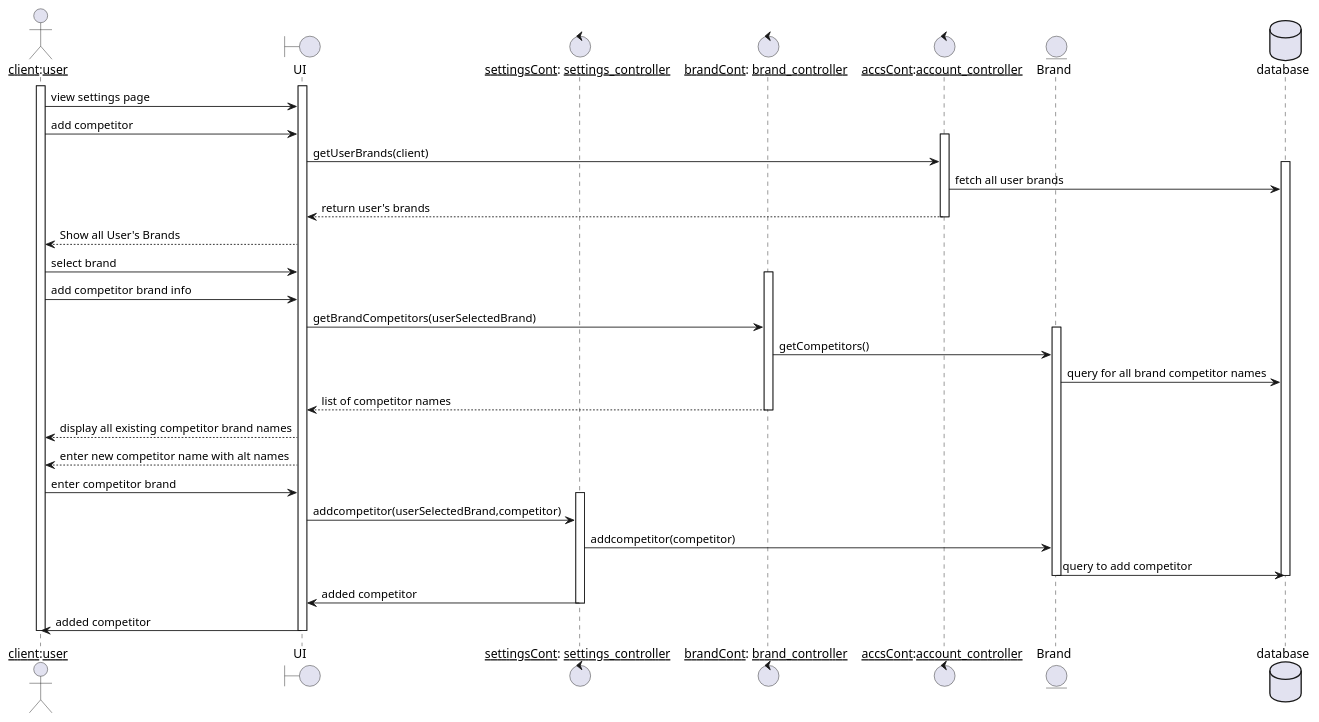
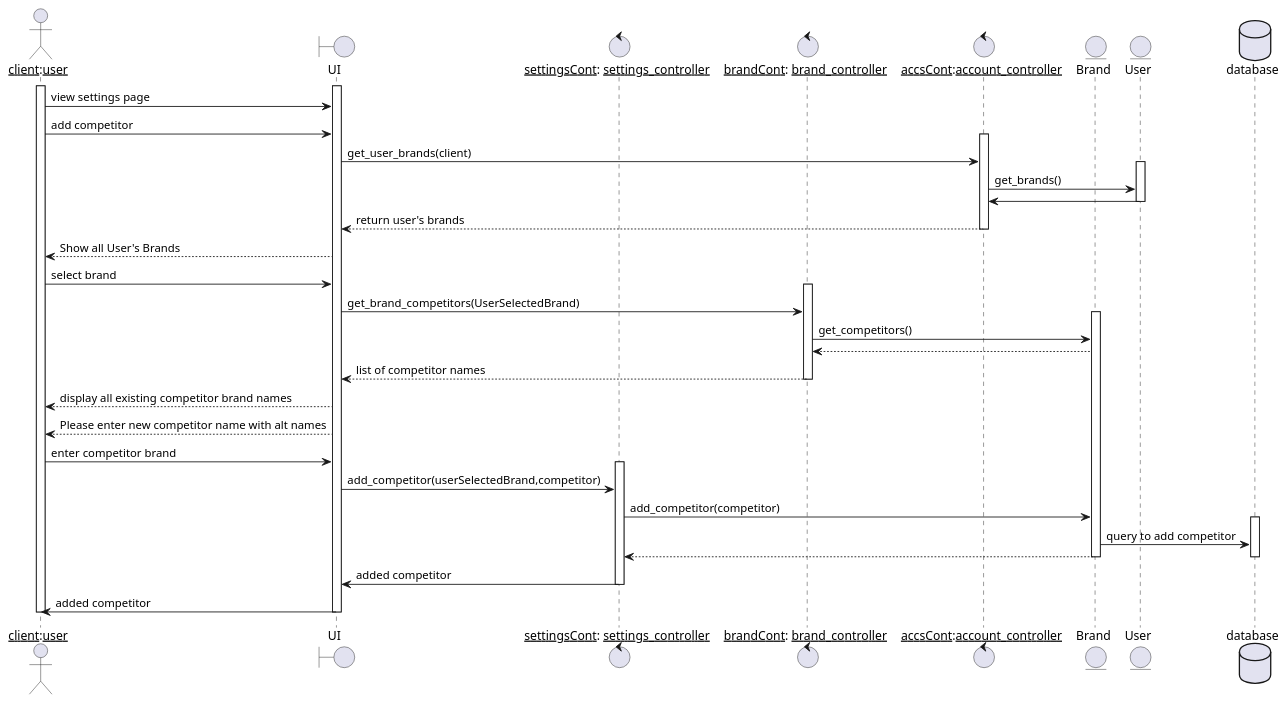
One commit to NadaaSelim/GP changed the diagram in Graphs/sequence_settings_add_new_competitor.puml. Above: the diagram before and after it, drawn with PlantUML. The commit also changed 9 other files, not shown here.

Commit message:
diagrams done

```diff
--- a/Graphs/sequence_settings_add_new_competitor.puml
+++ b/Graphs/sequence_settings_add_new_competitor.puml
@@ -1,48 +1,58 @@
 @startuml
 
 actor "__client__:__user__" as client
 boundary UI
 control "__settingsCont__: __settings_controller__" as SC
 control "__brandCont__: __brand_controller__" as BC
 
 control "__accsCont__:__account_controller__" as AC
 entity Brand
+entity User
 database database
 
 activate client 
 activate UI
 client -> UI: view settings page
 client -> UI: add competitor
 activate AC
-UI -> AC: getUserBrands(client)
-activate database
-AC -> database: fetch all user brands
+UI -> AC: get_user_brands(client)
+activate User
+AC -> User : get_brands()
+User-> AC
+deactivate User
+/'
+activate User
+AccsC -> User: get_brands()
+User --> AccsC:
+'/
 AC --> UI: return user's brands
 deactivate AC
 UI --> client: Show all User's Brands
 UI <- client: select brand
 activate BC
-UI <- client : add competitor brand info
-UI -> BC : getBrandCompetitors(userSelectedBrand)
+UI -> BC: get_brand_competitors(UserSelectedBrand)
 activate Brand
-BC -> Brand: getCompetitors()
-Brand -> database : query for all brand competitor names
+BC -> Brand: get_competitors()
+Brand --> BC:
 BC --> UI: list of competitor names
 deactivate BC
 UI --> client : display all existing competitor brand names
-UI --> client: enter new competitor name with alt names
+UI --> client: Please enter new competitor name with alt names
 client -> UI : enter competitor brand
 activate SC
-UI -> SC: addcompetitor(userSelectedBrand,competitor)
-SC -> Brand: addcompetitor(competitor)
+UI -> SC: add_competitor(userSelectedBrand,competitor)
+
+SC -> Brand: add_competitor(competitor)
+activate database
 Brand -> database : query to add competitor
+Brand --> SC:
 deactivate database
 deactivate Brand
 SC -> UI : added competitor
 deactivate SC
 UI -> client: added competitor
 deactivate client 
 deactivate UI
 
 
 @enduml
```
